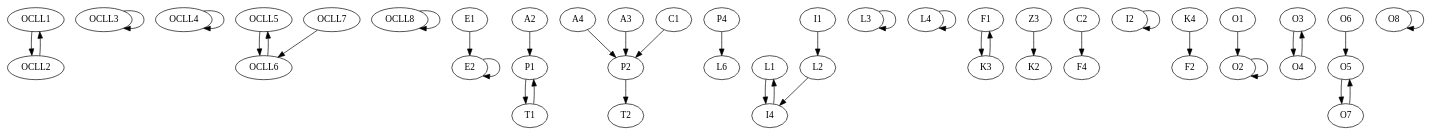
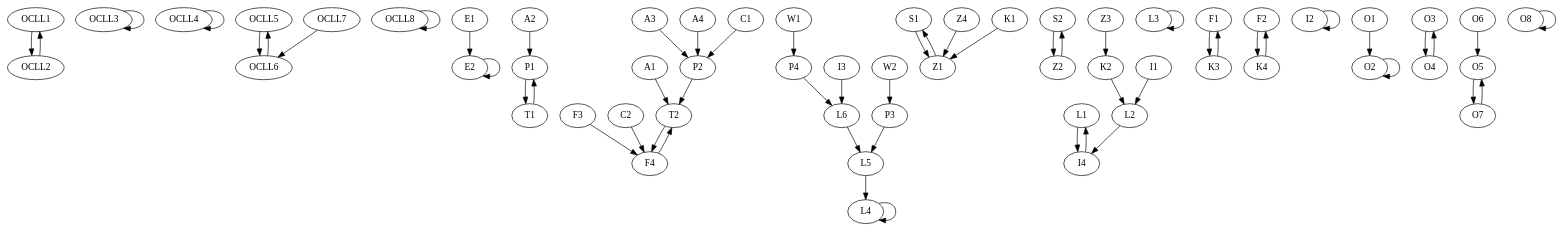
The diagram in rubik-oll.dot (zimolzak/rubik-inverter), drawn with Graphviz before and after one commit.

Commit message:
All gaps fixed I think.

```diff
--- a/rubik-oll.dot
+++ b/rubik-oll.dot
@@ -1,56 +1,73 @@
 digraph {
 
 OCLL1	   -> OCLL2;
 OCLL2	   -> OCLL1;
 OCLL3	   -> OCLL3;
 OCLL4	   -> OCLL4;
 OCLL5	   -> OCLL6;
 OCLL6	   -> OCLL5;
 OCLL7	   -> OCLL6;
 OCLL8 	   -> OCLL8;
 
 E1	   -> E2;
 E2	   -> E2;
 
-
 P1	   -> T1;
 P2	   -> T2;
-
+P3	   -> L5;
 P4	   -> L6;
 
+W1	   -> P4;
+W2	   -> P3;
+
+S1	   -> Z1;
+S2	   -> Z2;
 
 L1	   -> I4;
 L2	   -> I4;
 L3	   -> L3;
 L4	   -> L4;
+L5	   -> L4;
+L6	   -> L5;
 
 F1	   -> K3;
+F2	   -> K4;
+F3	   -> F4;
+F4	   -> T2;
 
+A1	   -> T2;
 A2	   -> P1;
+A3	   -> P2;
 A4	   -> P2;
-A3	   -> P2;
 
+Z1	   -> S1;
+Z2	   -> S2;
 Z3	   -> K2;
+Z4	   -> Z1;
 
 T1	   -> P1;
+T2	   -> F4;
 
 C1	   -> P2;
 C2	   -> F4;
 
 I1	   -> L2;
 I2	   -> I2;
+I3	   -> L6;
 I4	   -> L1;
 
+K1	   -> Z1;
+K2	   -> L2;
 K3	   -> F1;
 K4	   -> F2;
 
 O1	   -> O2;
 O2	   -> O2;
 O3	   -> O4;
 O4	   -> O3;
 O5	   -> O7;
 O6	   -> O5;
 O7	   -> O5;
 O8	   -> O8;
 
 }
```
